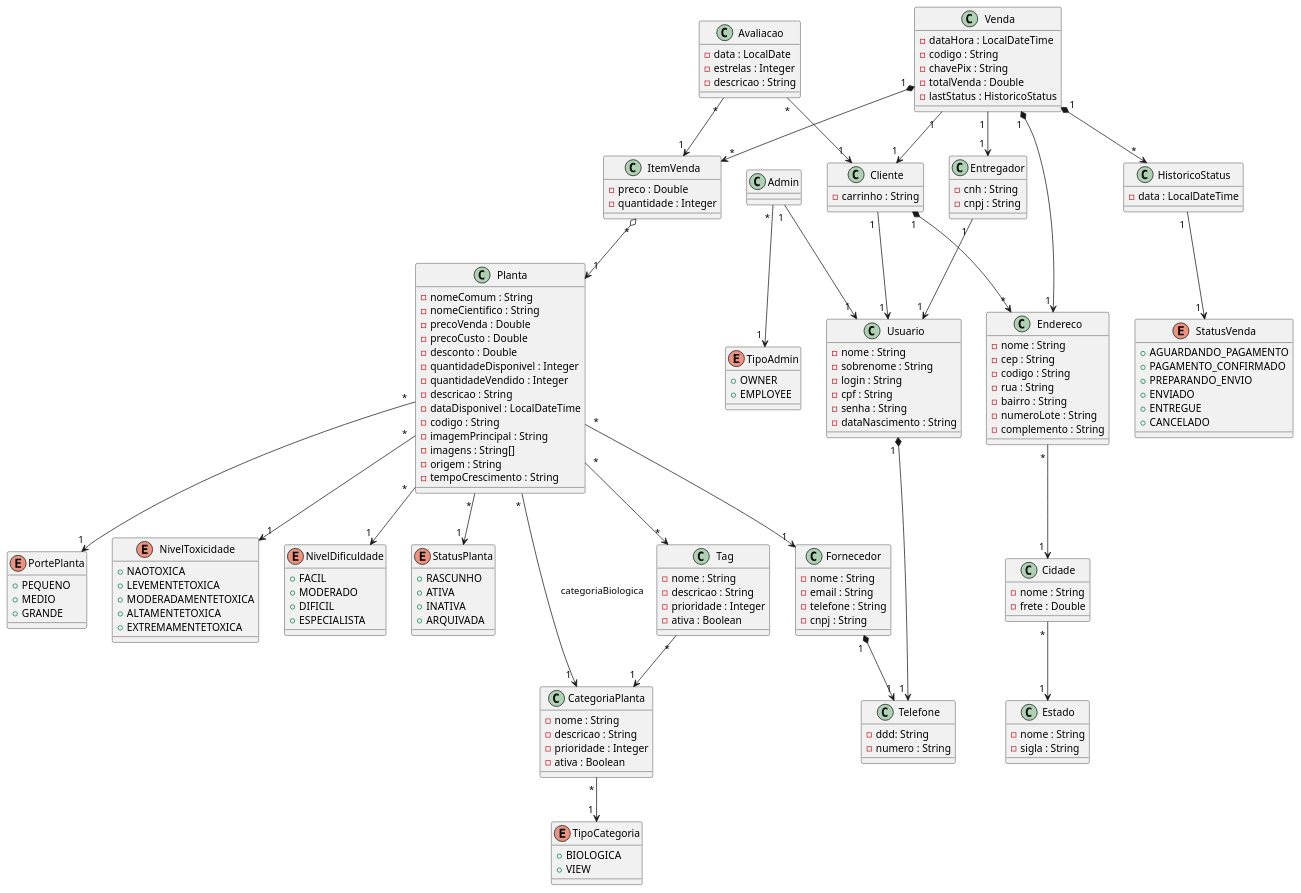
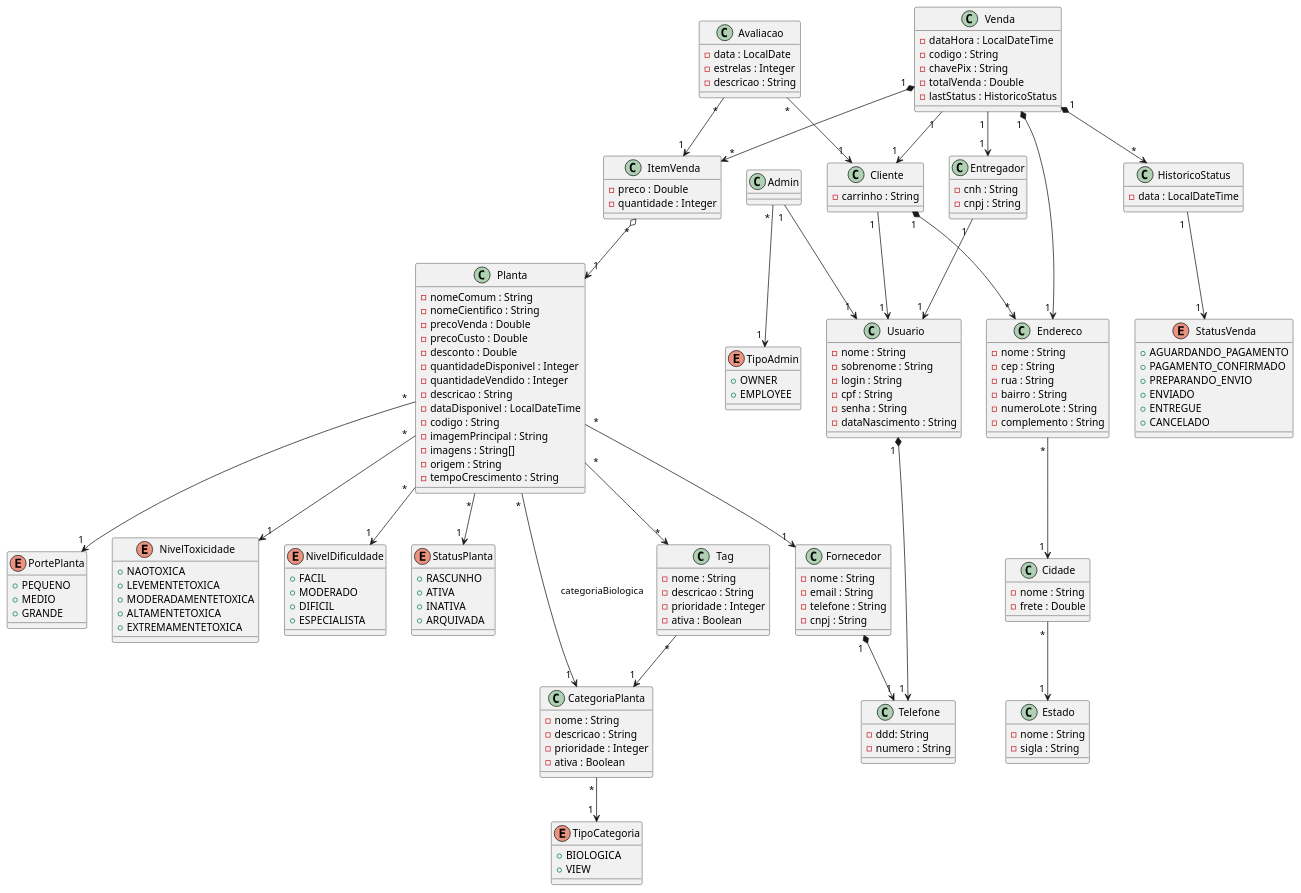
Before and after one commit to bealfredo/tp-floricultura-quarkus: the diagram in others/diagrama.plantuml, drawn with PlantUML. The commit also changed 11 other files, not shown here.

```diff
--- a/others/diagrama.plantuml
+++ b/others/diagrama.plantuml
@@ -39,7 +39,6 @@
 class Endereco {
   - nome : String
   - cep : String
-  - codigo : String
   - rua : String
   - bairro : String
   - numeroLote : String
```
